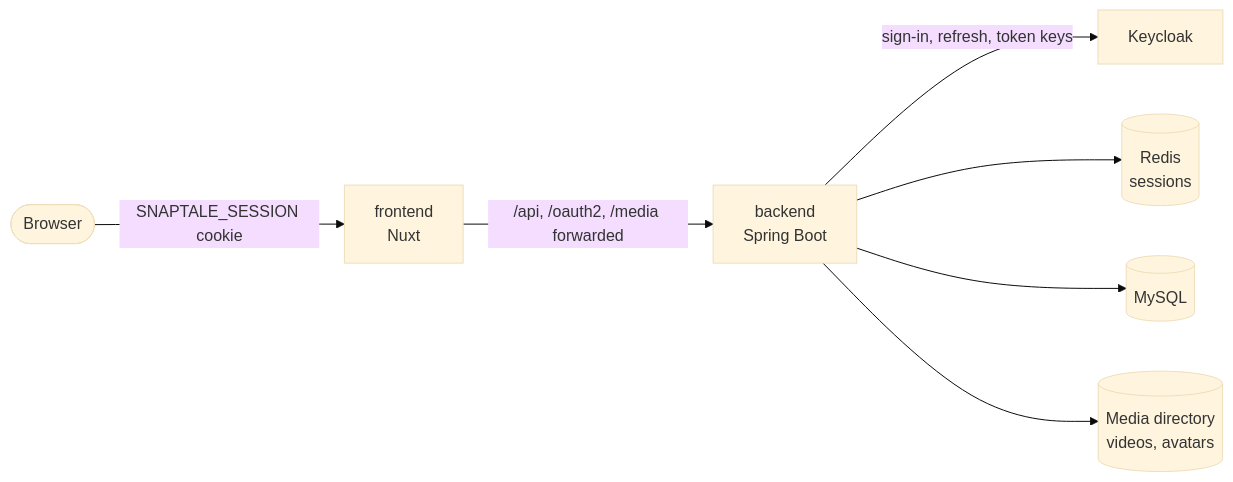
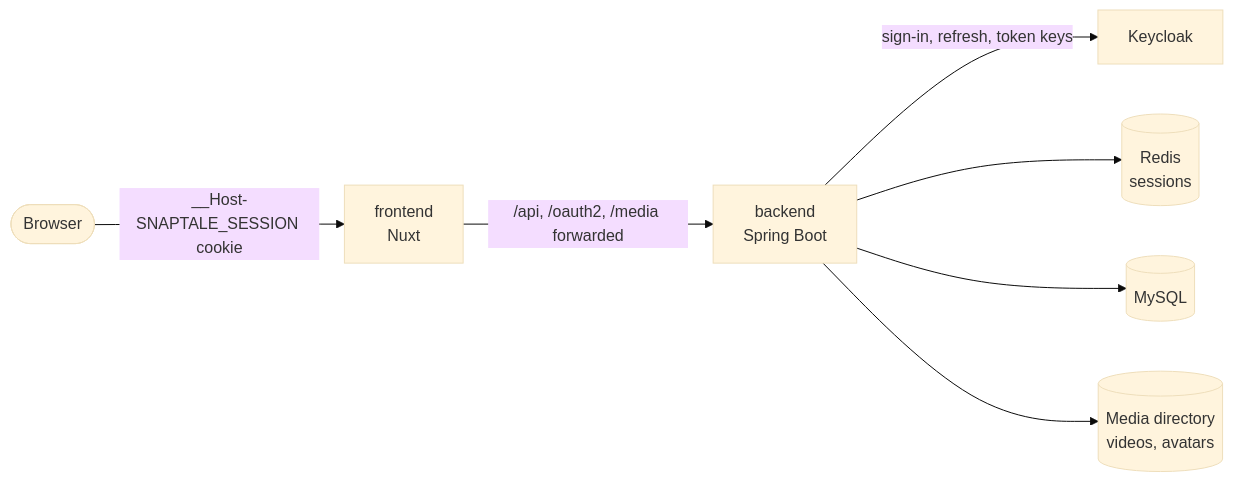
One commit to vertyll/snaptale changed the diagram in docs/architecture.md. Above: the diagram before and after it, drawn with Mermaid (base theme). The commit also changed 25 other files, not shown here.

````diff
--- a/docs/architecture.md
+++ b/docs/architecture.md
@@ -5,17 +5,17 @@
 ```mermaid
 flowchart LR
     browser([Browser])
     nuxt["frontend<br/>Nuxt"]
     back["backend<br/>Spring Boot"]
     kc[Keycloak]
     redis[("Redis<br/>sessions")]
     mysql[(MySQL)]
     media[("Media directory<br/>videos, avatars")]
 
-    browser -- "SNAPTALE_SESSION cookie" --> nuxt
+    browser -- "__Host-SNAPTALE_SESSION cookie" --> nuxt
     nuxt -- "/api, /oauth2, /media forwarded" --> back
     back -- "sign-in, refresh, token keys" --> kc
     back --> redis
     back --> mysql
     back --> media
 ```
````
